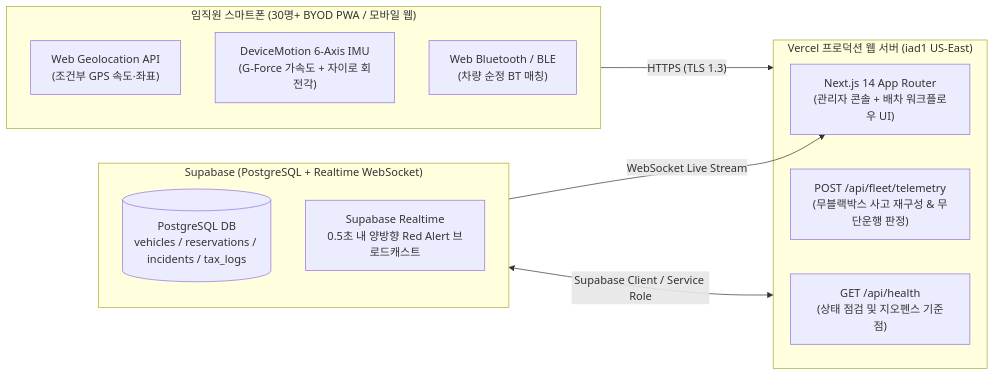
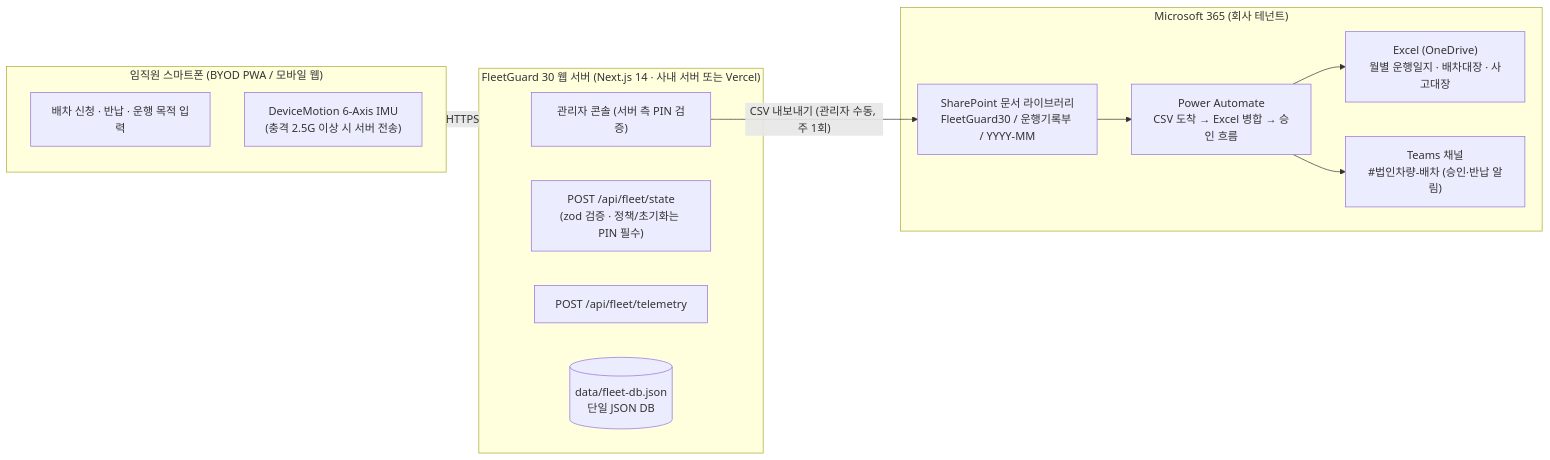
One commit to vincenti85/vehicle_monitor changed the diagram in docs/DEPLOYMENT_PLAN.md. Above: the diagram before and after it, drawn with Mermaid. The commit also changed other lines of this file and 22 other files, not shown here.

First line of the commit message:
fix: persist admin vehicle edits, validate and PIN-gate fleet APIs, add M365 operations docs

````diff
--- a/docs/DEPLOYMENT_PLAN.md
+++ b/docs/DEPLOYMENT_PLAN.md
@@ -10,23 +11,26 @@
 ```mermaid
 flowchart LR
-    subgraph EmployeeDevices["임직원 스마트폰 (30명+ BYOD PWA / 모바일 웹)"]
-        A1["Web Geolocation API<br>(조건부 GPS 속도·좌표)"]
-        A2["DeviceMotion 6-Axis IMU<br>(G-Force 가속도 + 자이로 회전각)"]
-        A3["Web Bluetooth / BLE<br>(차량 순정 BT 매칭)"]
+    subgraph EmployeeDevices["임직원 스마트폰 (BYOD PWA / 모바일 웹)"]
+        A1["배차 신청 · 반납 · 운행 목적 입력"]
+        A2["DeviceMotion 6-Axis IMU<br>(충격 2.5G 이상 시 서버 전송)"]
     end
 
-    subgraph VercelEdge["Vercel 프로덕션 웹 서버 (iad1 US-East)"]
-        B1["Next.js 14 App Router<br>(관리자 콘솔 + 배차 워크플로우 UI)"]
-        B2["POST /api/fleet/telemetry<br>(무블랙박스 사고 재구성 & 무단운행 판정)"]
-        B3["GET /api/health<br>(상태 점검 및 지오펜스 기준점)"]
+    subgraph WebServer["FleetGuard 30 웹 서버 (Next.js 14 · 사내 서버 또는 Vercel)"]
+        B1["관리자 콘솔 (서버 측 PIN 검증)"]
+        B2["POST /api/fleet/state<br>(zod 검증 · 정책/초기화는 PIN 필수)"]
+        B3["POST /api/fleet/telemetry"]
+        B4[("data/fleet-db.json<br>단일 JSON DB")]
     end
 
-    subgraph SupabaseCloud["Supabase (PostgreSQL + Realtime WebSocket)"]
-        C1[("PostgreSQL DB<br>vehicles / reservations / incidents / tax_logs")]
-        C2["Supabase Realtime<br>0.5초 내 양방향 Red Alert 브로드캐스트"]
+    subgraph M365["Microsoft 365 (회사 테넌트)"]
+        C1["SharePoint 문서 라이브러리<br>FleetGuard30 / 운행기록부 / YYYY-MM"]
+        C2["Excel (OneDrive)<br>월별 운행일지 · 배차대장 · 사고대장"]
+        C3["Teams 채널<br>#법인차량-배차 (승인·반납 알림)"]
+        C4["Power Automate<br>CSV 도착 → Excel 병합 → 승인 흐름"]
     end
 
-    EmployeeDevices -->|"HTTPS (TLS 1.3)"| VercelEdge
-    VercelEdge <-->|"Supabase Client / Service Role"| SupabaseCloud
-    SupabaseCloud -->|"WebSocket Live Stream"| B1
+    EmployeeDevices -->|"HTTPS"| WebServer
+    B1 -->|"CSV 내보내기 (관리자 수동, 주 1회)"| C1
+    C1 --> C4 --> C2
+    C4 --> C3
 ```
````
